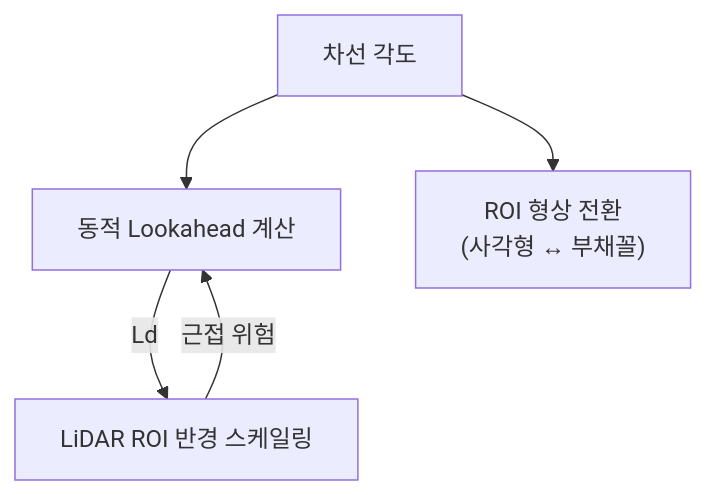
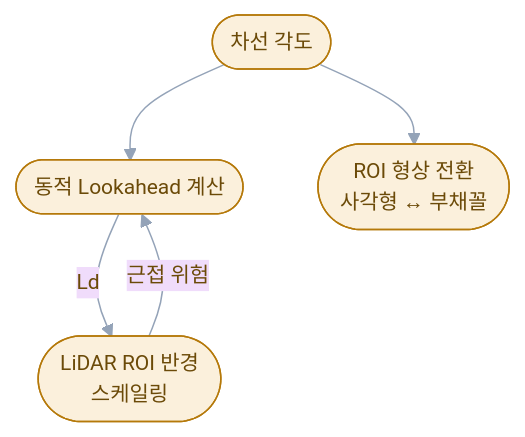
The fourth of 4 diagrams in README.md (GeonHoong/1_10-autonomous-race), drawn with Mermaid before and after one commit. The commit also changed other lines of this file, not shown here.

Commit message:
Restyle mermaid diagrams: rounded/colored nodes instead of flat gray boxes, add banner

````diff
--- a/README.md
+++ b/README.md
@@ -90,7 +114,11 @@
 ```mermaid
+%%{init: {'theme':'base', 'themeVariables': {
+  'primaryColor':'#fbf0dc','primaryBorderColor':'#b5790a','primaryTextColor':'#6b4a08',
+  'lineColor':'#94a3b8','fontFamily':'Pretendard, -apple-system, Segoe UI, sans-serif','fontSize':'14px'
+}}}%%
 flowchart TD
-    LANE["차선 각도"] --> PP["동적 Lookahead 계산"]
-    PP -- "Ld" --> ROI["LiDAR ROI 반경 스케일링"]
+    LANE(["차선 각도"]) --> PP(["동적 Lookahead 계산"])
+    PP -- "Ld" --> ROI(["LiDAR ROI 반경<br/>스케일링"])
     ROI -- "근접 위험" --> PP
-    LANE --> SHAPE["ROI 형상 전환\n(사각형 ↔ 부채꼴)"]
+    LANE --> SHAPE(["ROI 형상 전환<br/>사각형 ↔ 부채꼴"])
 ```
````
